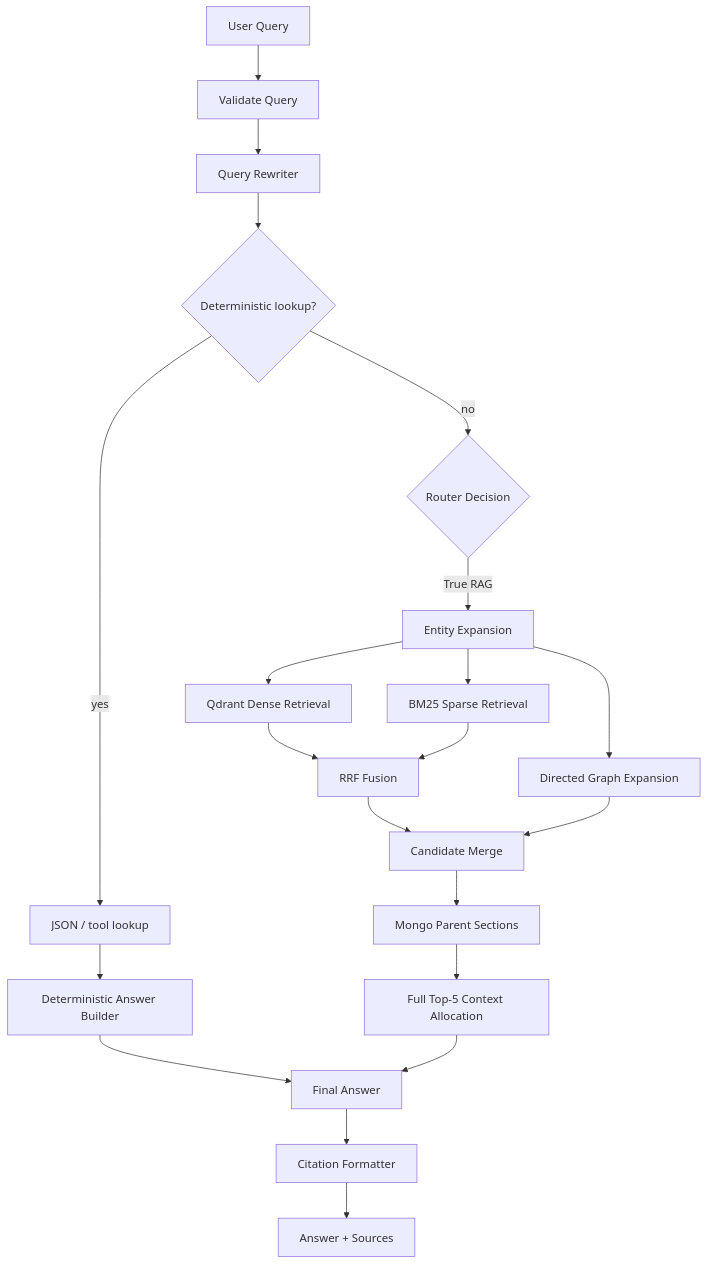
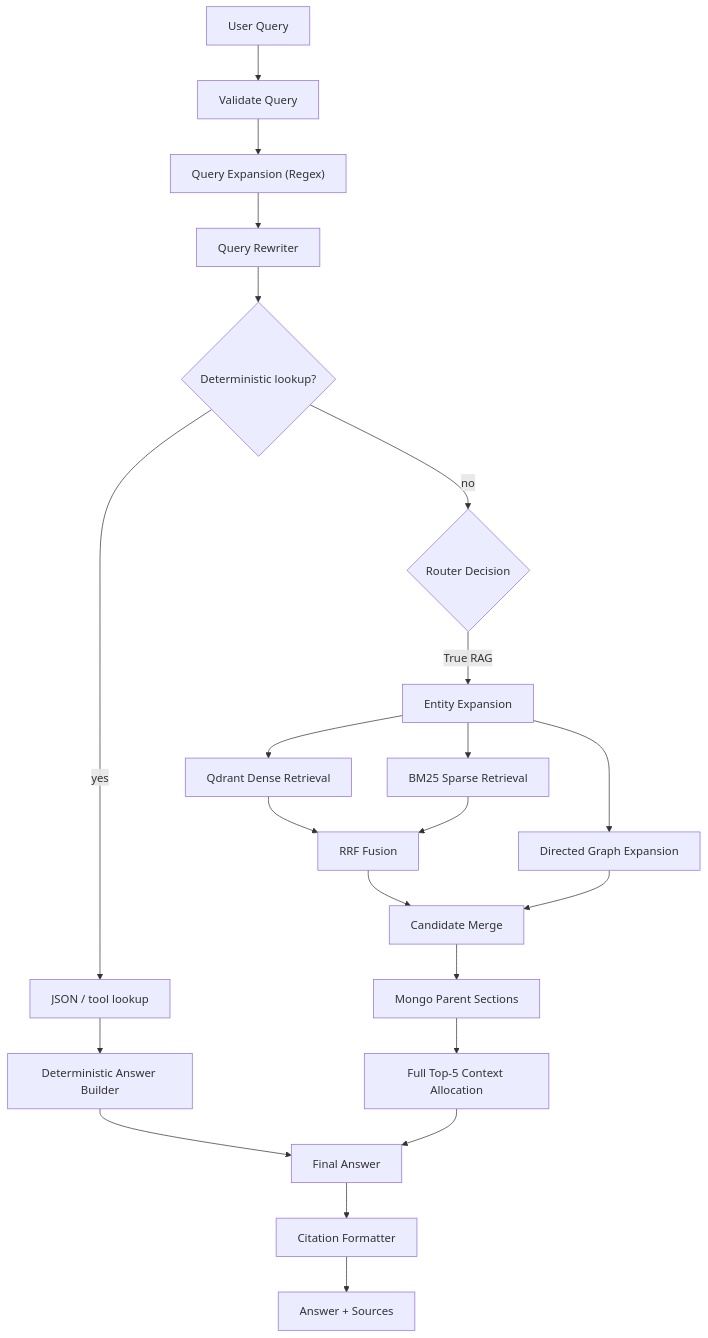
One commit to AnhPhiNe/student-handbook-rag-chatbot changed the second of 3 diagrams in README.md. Above: the diagram before and after it, drawn with Mermaid. The commit also changed other lines of this file, not shown here.

Commit message:
docs: update architecture pipeline and evaluation status in README

````diff
--- a/README.md
+++ b/README.md
@@ -159,26 +160,27 @@
 ```mermaid
 flowchart TD
     Query["User Query"] --> Validate["Validate Query"]
-    Validate --> Rewrite["Query Rewriter"]
+    Validate --> ExpandQuery["Query Expansion (Regex)"]
+    ExpandQuery --> Rewrite["Query Rewriter"]
     Rewrite --> Lookup{"Deterministic lookup?"}
 
     Lookup -->|yes| Structured["JSON / tool lookup"]
     Structured --> StructuredAnswer["Deterministic Answer Builder"]
 
     Lookup -->|no| Route{"Router Decision"}
     Route -->|True RAG| Expand["Entity Expansion"]
     Expand --> Vector["Qdrant Dense Retrieval"]
     Expand --> Sparse["BM25 Sparse Retrieval"]
     Expand --> Graph["Directed Graph Expansion"]
     Vector --> RRF["RRF Fusion"]
     Sparse --> RRF
     RRF --> Merge["Candidate Merge"]
     Graph --> Merge
     Merge --> Parent["Mongo Parent Sections"]
     Parent --> Context["Full Top-5 Context Allocation"]
 
     StructuredAnswer --> Generate["Final Answer"]
     Context --> Generate
     Generate --> Cite["Citation Formatter"]
     Cite --> Output["Answer + Sources"]
 ```
````
